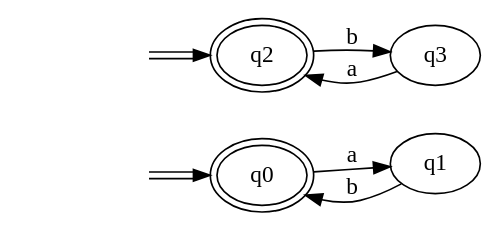
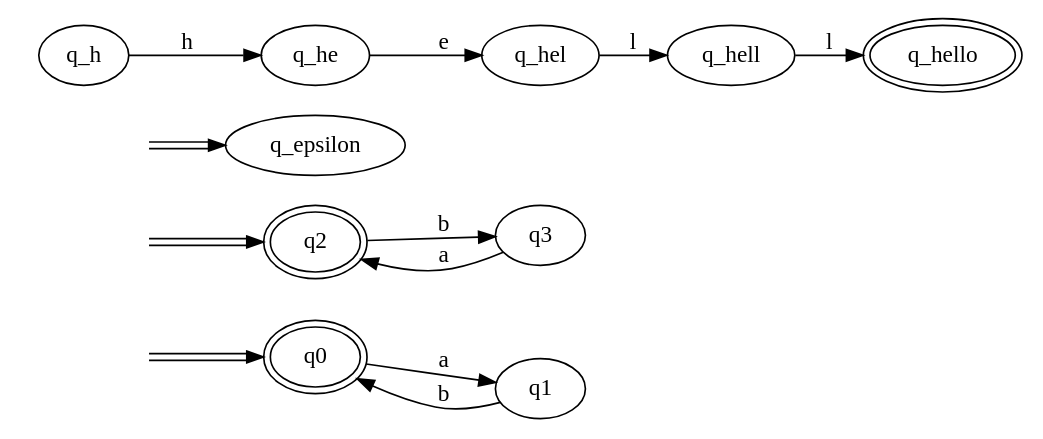
One commit to ptitguigui/Licence_Info-S5 changed the diagram in tp5/automate-test.dot. Above: the diagram before and after it, drawn with Graphviz. The commit also changed 5 other files, not shown here.

```diff
--- a/tp5/automate-test.dot
+++ b/tp5/automate-test.dot
@@ -1,11 +1,17 @@
 digraph Automaton { 
   rankdir = LR
-  0 [label="q0",peripheries=2];  1 [label="q1"];  2 [label="q2",peripheries=2];  3 [label="q3"];  start2 [style=invis]
+  0 [label="q0",peripheries=2];  1 [label="q1"];  2 [label="q2",peripheries=2];  3 [label="q3"];  4 [label="q_epsilon"];  5 [label="q_h"];  6 [label="q_he"];  7 [label="q_hel"];  8 [label="q_hell"];  9 [label="q_hello",peripheries=2];  start2 [style=invis]
   start2 -> 2[color="black:white:black"]
+  start4 [style=invis]
+  start4 -> 4[color="black:white:black"]
   start0 [style=invis]
   start0 -> 0[color="black:white:black"]
   0 -> 1 [label = "a" ]
   1 -> 0 [label = "b" ]
   2 -> 3 [label = "b" ]
   3 -> 2 [label = "a" ]
+  5 -> 6 [label = "h" ]
+  6 -> 7 [label = "e" ]
+  7 -> 8 [label = "l" ]
+  8 -> 9 [label = "l" ]
 }
```
